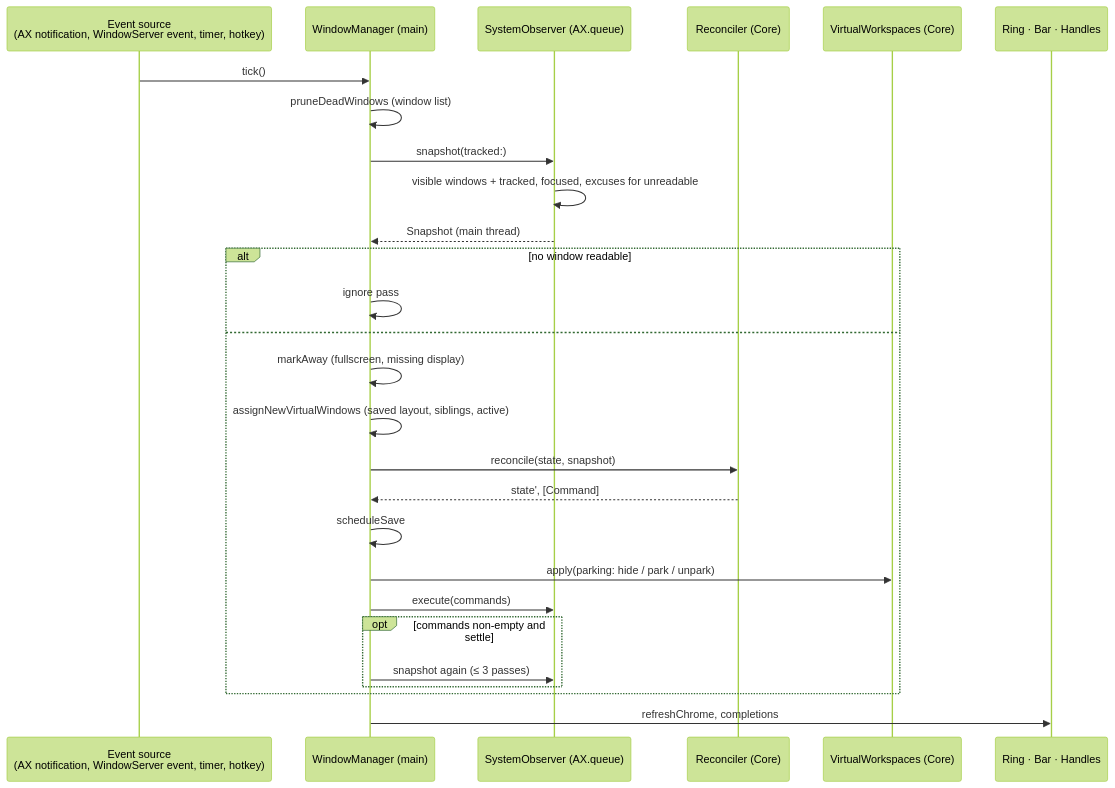
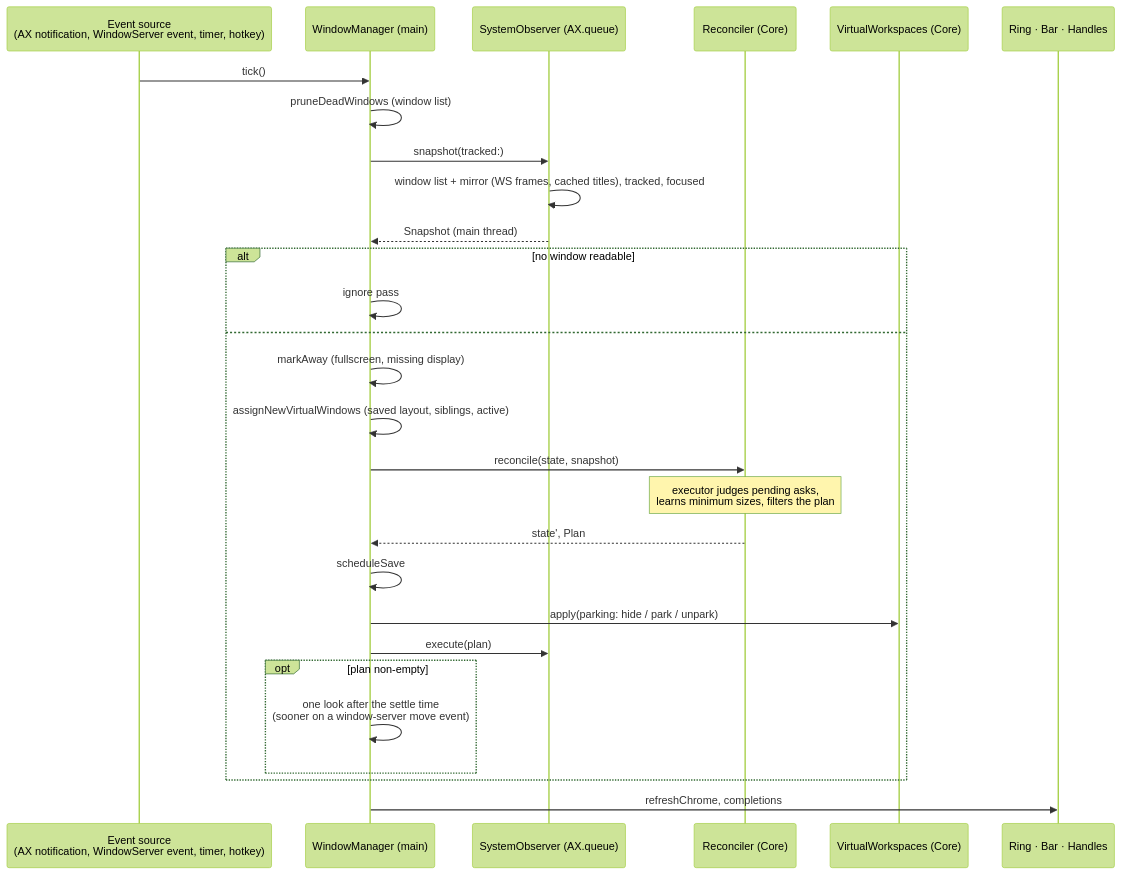
Before and after one commit to nanot1m/better-win-manager: the third of 6 diagrams in docs/architecture.md, drawn with Mermaid (forest theme). The commit also changed other lines of this file and 9 other files, not shown here.

First line of the commit message:
Reconciliation through a plan IR and an executor with verdicts; snapshots from a window mirror

````diff
--- a/docs/architecture.md
+++ b/docs/architecture.md
@@ -107,30 +107,31 @@
 ```mermaid
 sequenceDiagram
     participant E as Event source<br/>(AX notification, WindowServer event, timer, hotkey)
     participant WM as WindowManager (main)
     participant SO as SystemObserver (AX.queue)
     participant R as Reconciler (Core)
     participant VW as VirtualWorkspaces (Core)
     participant UI as Ring · Bar · Handles
 
     E->>WM: tick()
     WM->>WM: pruneDeadWindows (window list)
     WM->>SO: snapshot(tracked:)
-    SO->>SO: visible windows + tracked, focused, excuses for unreadable
+    SO->>SO: window list + mirror (WS frames, cached titles), tracked, focused
     SO-->>WM: Snapshot (main thread)
     alt no window readable
         WM->>WM: ignore pass
     else
         WM->>WM: markAway (fullscreen, missing display)
         WM->>WM: assignNewVirtualWindows (saved layout, siblings, active)
         WM->>R: reconcile(state, snapshot)
-        R-->>WM: state', [Command]
+        Note over R: executor judges pending asks,<br/>learns minimum sizes, filters the plan
+        R-->>WM: state', Plan
         WM->>WM: scheduleSave
         WM->>VW: apply(parking: hide / park / unpark)
-        WM->>SO: execute(commands)
-        opt commands non-empty and settle
-            WM->>SO: snapshot again (≤ 3 passes)
+        WM->>SO: execute(plan)
+        opt plan non-empty
+            WM->>WM: one look after the settle time<br/>(sooner on a window-server move event)
         end
     end
     WM->>UI: refreshChrome, completions
 ```
````
